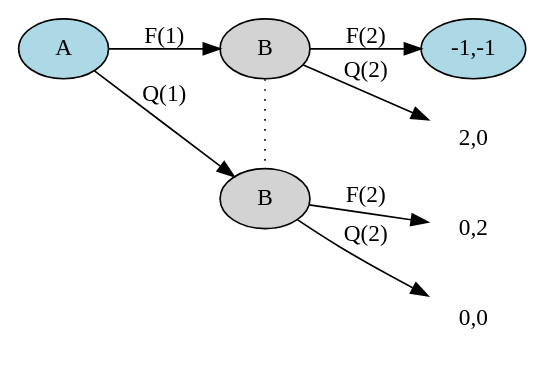
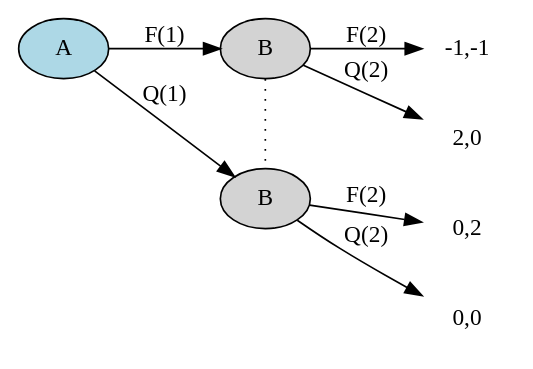
The tenth of 19 diagrams in mode/drl_101.org (Binjian/org), drawn with Graphviz before and after one commit. The commit also changed other lines of this file, not shown here.

Commit message:
[add] tree animations

```diff
--- a/mode/drl_101.org
+++ b/mode/drl_101.org
@@ -489,27 +513,27 @@
-#+begin_src dot :file img/_generated/tree1.png
-digraph G {
-    rankdir=LR;
-    {
-        node [group=top]
-        A11[label=A,style=filled, fillcolor=lightblue]
-        B1[label=B,style=filled, fillcolor=lightgrey]
-        A21[label="-1,-1",style=filled, fillcolor=lightblue]
-    }
-    B2[label=B,style=filled, fillcolor=lightgrey]
-    A11->B1[label="F(1)"]
+        #+begin_src dot :file img/_generated/flat_tree.png
+        digraph G {
+            rankdir=LR;
+            {
+                node [group=top]
+                A11[label=A,style=filled, fillcolor=lightblue]
+                B1[label=B,style=filled, fillcolor=lightgrey]
+                P11[label="-1,-1",shape=rect,color=none]
+            }
+            B2[label=B,style=filled, fillcolor=lightgrey]
+            A11->B1[label="F(1)"]
 
-    A11->B2[label="Q(1)"]
+            A11->B2[label="Q(1)"]
 
-    B1 -> B2 [style="dotted", dir=none]
+            B1 -> B2 [style="dotted", dir=none]
 
-    P12[label="2,0",shape=rect,color=none]
-    B1->A21[label="F(2)"]
-    B1->P12[label="Q(2)"]
+            P12[label="2,0",shape=rect,color=none]
+            B1->P11[label="F(2)"]
+            B1->P12[label="Q(2)"]
 
-    P21[label="0,2",shape=rect,color=none]
-    P22[label="0,0",shape=rect,color=none]
-    B2->P21[label="F(2)"]
-    B2->P22[label="Q(2)"]
-    {rank=same; B1,B2}
-}
-#+end_src
+            P21[label="0,2",shape=rect,color=none]
+            P22[label="0,0",shape=rect,color=none]
+            B2->P21[label="F(2)"]
+            B2->P22[label="Q(2)"]
+            {rank=same; B1,B2}
+        }
+        #+end_src
```
